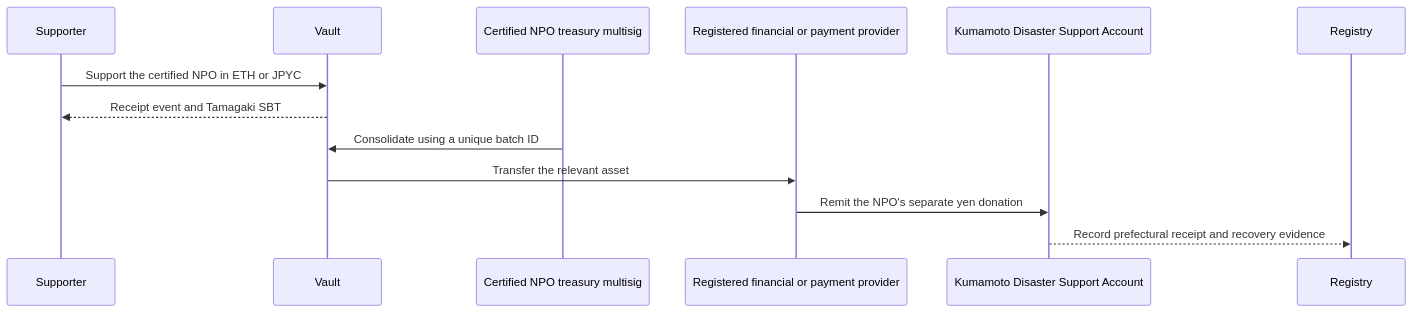
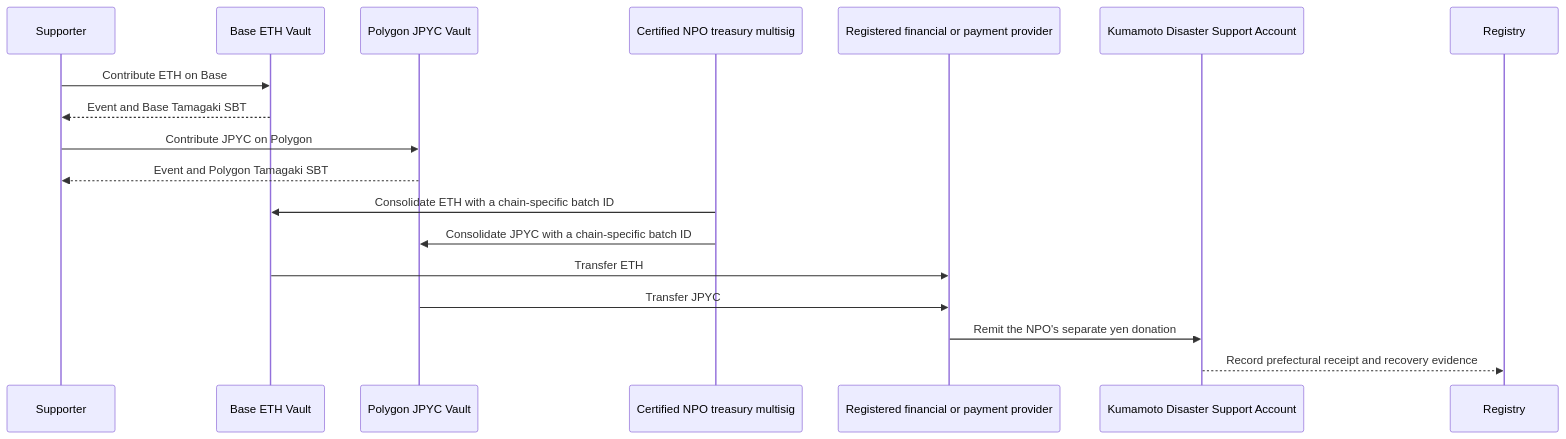
One commit to ShigeichiroYamasaki/yui-no-kaki-kumamoto changed the diagram in docs/en/fund-flow.md. Above: the diagram before and after it, drawn with Mermaid. The commit also changed other lines of this file and 38 other files, not shown here.

Commit message:
Implement Base ETH and Polygon JPYC production split

````diff
--- a/docs/en/fund-flow.md
+++ b/docs/en/fund-flow.md
@@ -11,15 +11,20 @@
 ```mermaid
 sequenceDiagram
   participant S as Supporter
-  participant V as Vault
+  participant BV as Base ETH Vault
+  participant PV as Polygon JPYC Vault
   participant O as Certified NPO treasury multisig
   participant E as Registered financial or payment provider
   participant K as Kumamoto Disaster Support Account
   participant R as Registry
-  S->>V: Support the certified NPO in ETH or JPYC
-  V-->>S: Receipt event and Tamagaki SBT
-  O->>V: Consolidate using a unique batch ID
-  V->>E: Transfer the relevant asset
+  S->>BV: Contribute ETH on Base
+  BV-->>S: Event and Base Tamagaki SBT
+  S->>PV: Contribute JPYC on Polygon
+  PV-->>S: Event and Polygon Tamagaki SBT
+  O->>BV: Consolidate ETH with a chain-specific batch ID
+  O->>PV: Consolidate JPYC with a chain-specific batch ID
+  BV->>E: Transfer ETH
+  PV->>E: Transfer JPYC
   E->>K: Remit the NPO's separate yen donation
   K-->>R: Record prefectural receipt and recovery evidence
 ```
````
